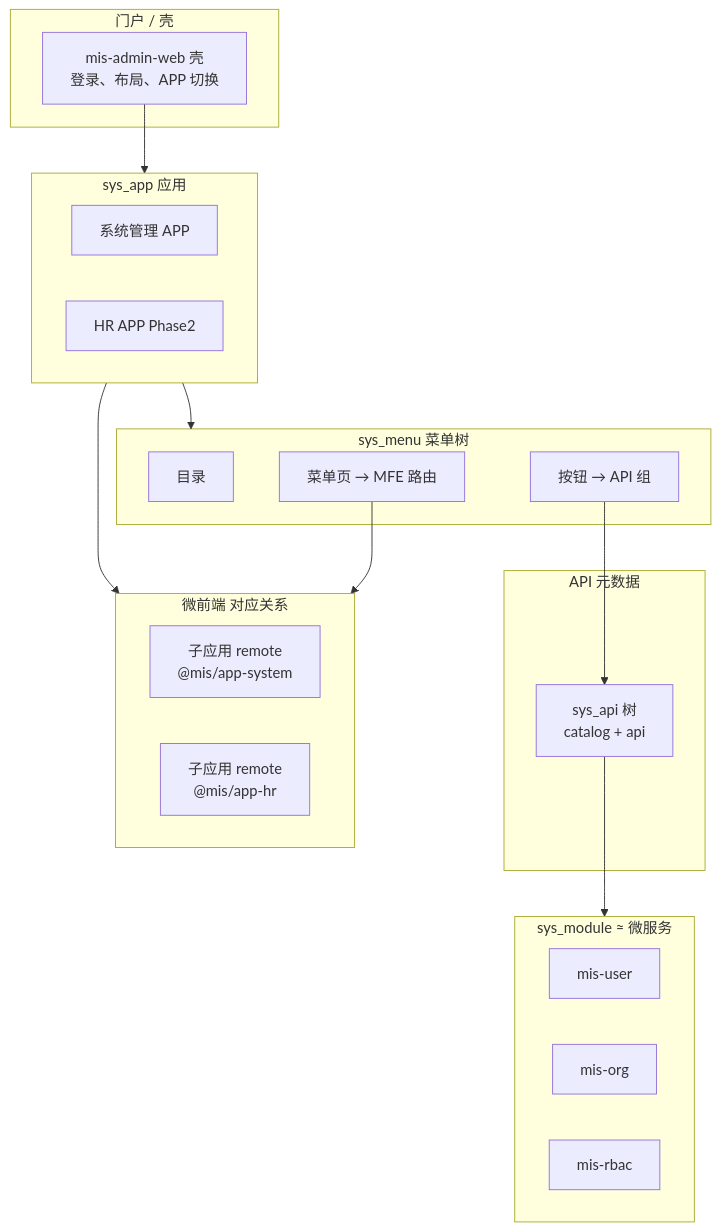
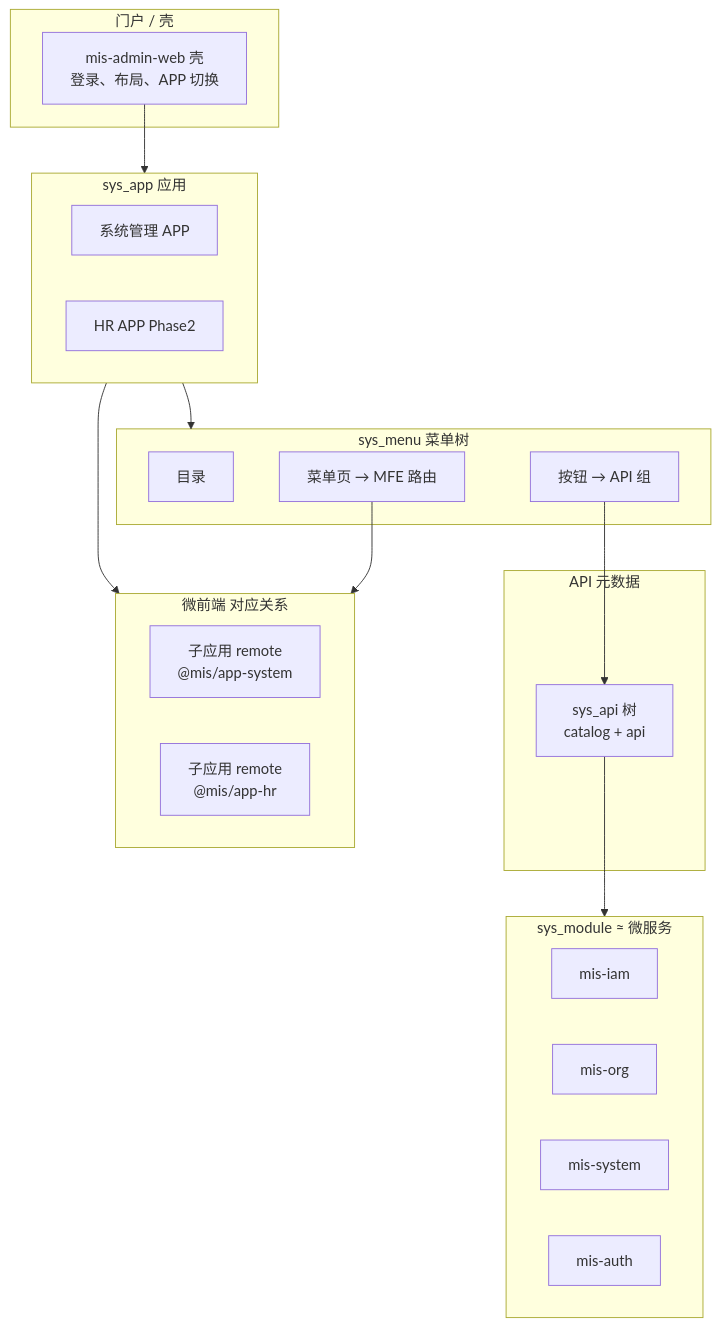
One commit to 13961588612/mis-platform changed the diagram in docs/architecture/04-app-module-mfe.md. Above: the diagram before and after it, drawn with Mermaid. The commit also changed other lines of this file and 30 other files, not shown here.

Commit message:
模块整理 mis-org+mis-user->mis-org mis-rabs->mis-iam  mis-api->mis-system

````diff
--- a/docs/architecture/04-app-module-mfe.md
+++ b/docs/architecture/04-app-module-mfe.md
@@ -35,39 +35,40 @@
 ```mermaid
 flowchart TB
     subgraph Portal["门户 / 壳"]
         Shell["mis-admin-web 壳<br/>登录、布局、APP 切换"]
     end
 
     subgraph APP["sys_app 应用"]
         A1["系统管理 APP"]
         A2["HR APP Phase2"]
     end
 
     subgraph MFE["微前端 对应关系"]
         M1["子应用 remote<br/>@mis/app-system"]
         M2["子应用 remote<br/>@mis/app-hr"]
     end
 
     subgraph Menu["sys_menu 菜单树"]
         Dir["目录"]
         Page["菜单页 → MFE 路由"]
         Btn["按钮 → API 组"]
     end
 
     subgraph API["API 元数据"]
         ApiTree["sys_api 树<br/>catalog + api"]
     end
 
     subgraph Svc["sys_module ≈ 微服务"]
-        S1["mis-user"]
+        S1["mis-iam"]
         S2["mis-org"]
-        S3["mis-rbac"]
+        S3["mis-system"]
+        S4["mis-auth"]
     end
 
     Shell --> APP
     APP --> MFE
     APP --> Menu
     Page --> MFE
     Btn --> ApiTree
     ApiTree --> Svc
 ```
````
